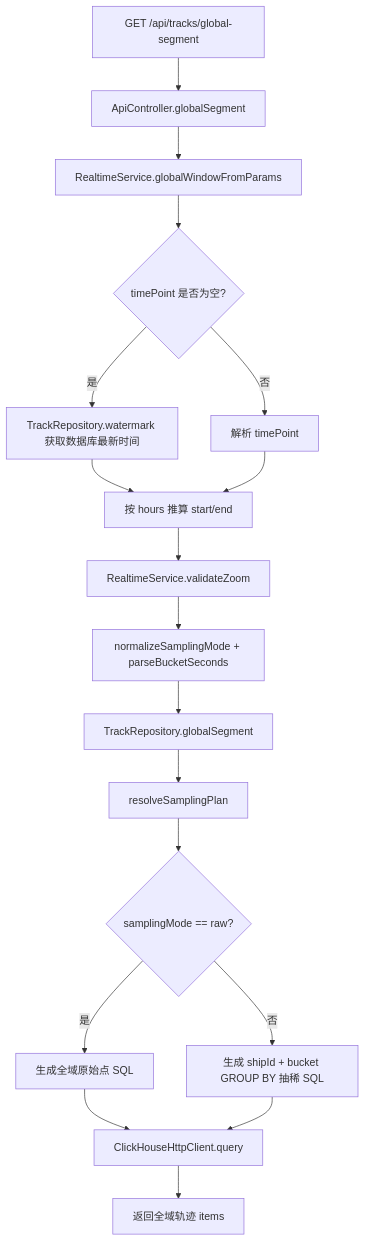
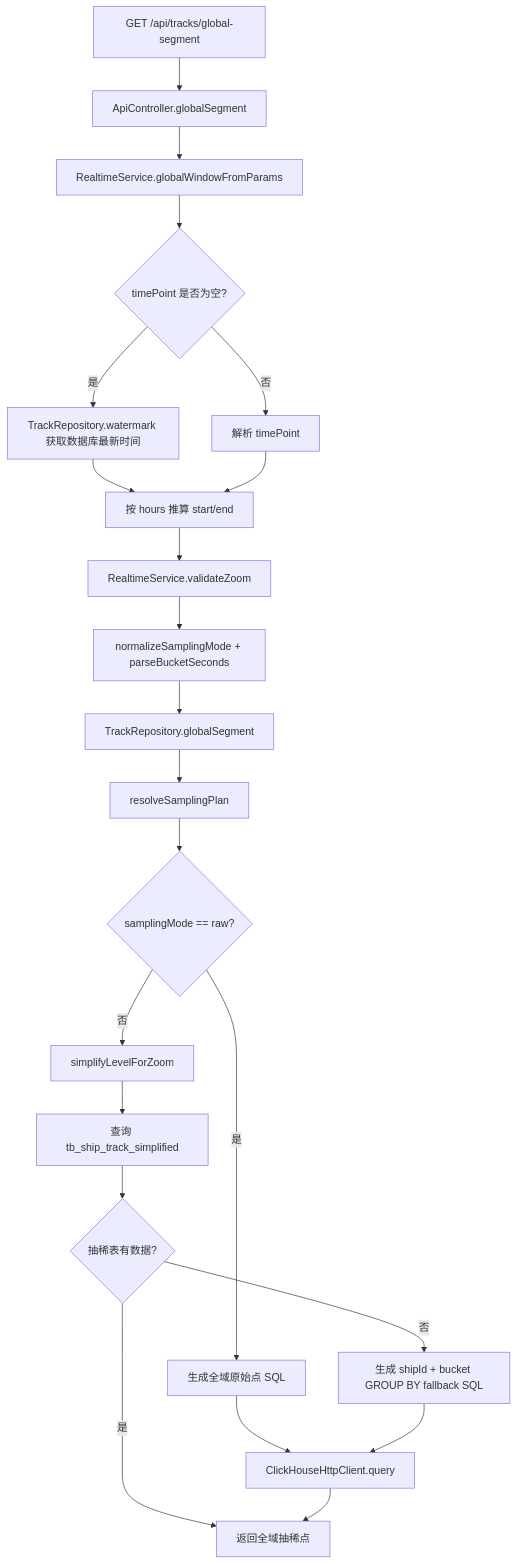
One commit to yuqiangdede/testTrack changed diagram 17 of 19 in docs/API_FLOW.md. Above: the diagram before and after it, drawn with Mermaid. The commit also changed other lines of this file and 14 other files, not shown here.

Commit message:
add simplified track table playback flow

````diff
--- a/docs/API_FLOW.md
+++ b/docs/API_FLOW.md
@@ -547,20 +588,24 @@
 ```mermaid
 flowchart TD
   A["GET /api/tracks/global-segment"] --> B["ApiController.globalSegment"]
   B --> C["RealtimeService.globalWindowFromParams"]
   C --> D{"timePoint 是否为空?"}
   D -->|是| E["TrackRepository.watermark 获取数据库最新时间"]
   D -->|否| F["解析 timePoint"]
   E --> G["按 hours 推算 start/end"]
   F --> G
   G --> H["RealtimeService.validateZoom"]
   H --> I["normalizeSamplingMode + parseBucketSeconds"]
   I --> J["TrackRepository.globalSegment"]
   J --> K["resolveSamplingPlan"]
   K --> L{"samplingMode == raw?"}
   L -->|是| M["生成全域原始点 SQL"]
-  L -->|否| N["生成 shipId + bucket GROUP BY 抽稀 SQL"]
-  M --> O["ClickHouseHttpClient.query"]
-  N --> O
-  O --> P["返回全域轨迹 items"]
+  L -->|否| N["simplifyLevelForZoom"]
+  N --> O["查询 tb_ship_track_simplified"]
+  O --> P{"抽稀表有数据?"}
+  P -->|是| Q["返回全域抽稀点"]
+  P -->|否| R["生成 shipId + bucket GROUP BY fallback SQL"]
+  M --> S["ClickHouseHttpClient.query"]
+  R --> S
+  S --> Q
 ```
````
